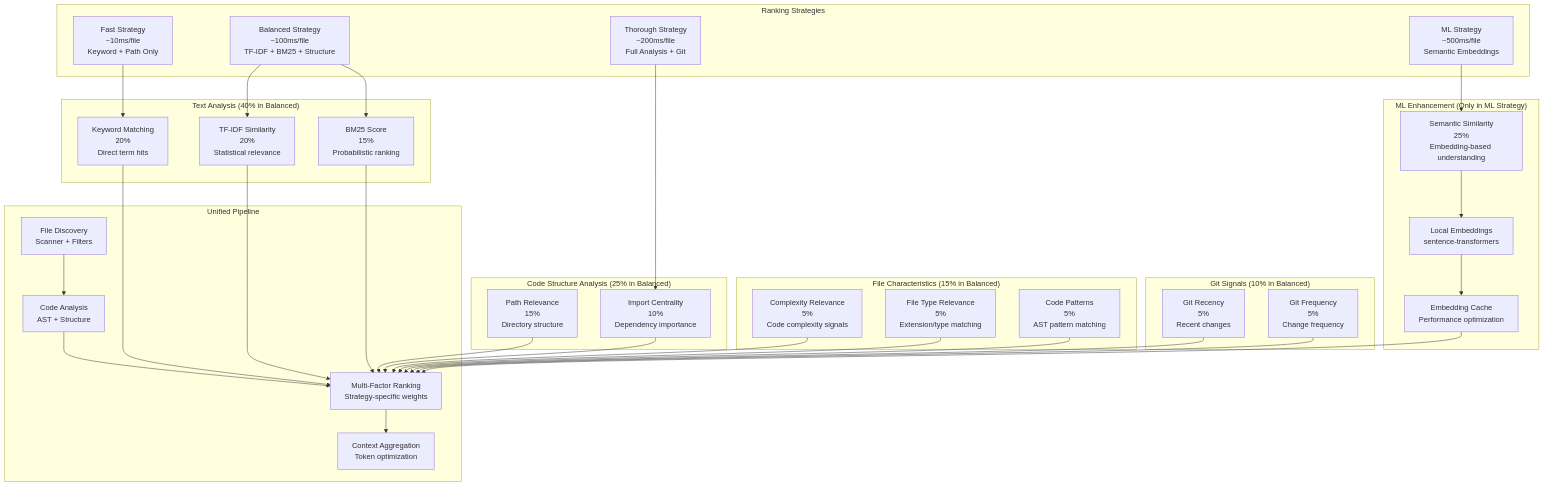
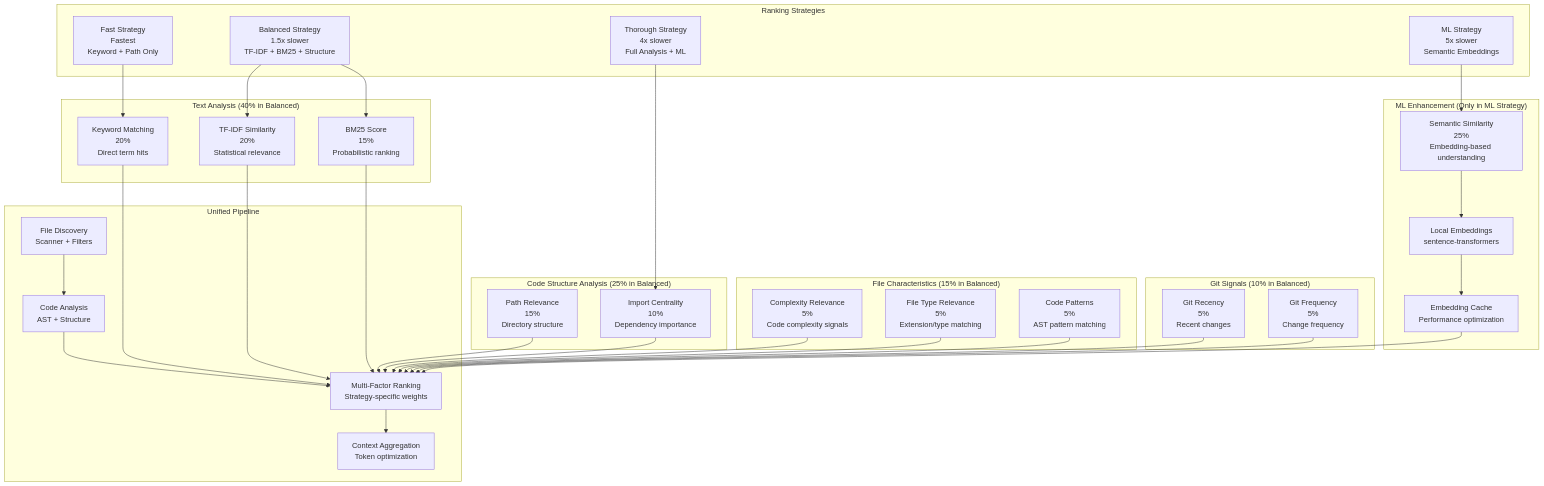
One commit to jddunn/tenets changed the tenth of 33 diagrams in docs/ARCHITECTURE.md. Above: the diagram before and after it, drawn with Mermaid. The commit also changed other lines of this file and 1 other file, not shown here.

````diff
--- a/docs/ARCHITECTURE.md
+++ b/docs/ARCHITECTURE.md
@@ -941,69 +941,69 @@
 ```mermaid
 graph TD
     subgraph "Ranking Strategies"
-        FAST[Fast Strategy<br/>~10ms/file<br/>Keyword + Path Only]
-        BALANCED[Balanced Strategy<br/>~100ms/file<br/>TF-IDF + BM25 + Structure]
-        THOROUGH[Thorough Strategy<br/>~200ms/file<br/>Full Analysis + Git]
-        ML_STRAT[ML Strategy<br/>~500ms/file<br/>Semantic Embeddings]
+        FAST[Fast Strategy<br/>Fastest<br/>Keyword + Path Only]
+        BALANCED[Balanced Strategy<br/>1.5x slower<br/>TF-IDF + BM25 + Structure]
+        THOROUGH[Thorough Strategy<br/>4x slower<br/>Full Analysis + ML]
+        ML_STRAT[ML Strategy<br/>5x slower<br/>Semantic Embeddings]
     end
 
     subgraph "Text Analysis (40% in Balanced)"
         KEY_MATCH[Keyword Matching<br/>20%<br/>Direct term hits]
         TFIDF_SIM[TF-IDF Similarity<br/>20%<br/>Statistical relevance]
         BM25_SCORE[BM25 Score<br/>15%<br/>Probabilistic ranking]
     end
 
     subgraph "Code Structure Analysis (25% in Balanced)"
         PATH_REL[Path Relevance<br/>15%<br/>Directory structure]
         IMP_CENT[Import Centrality<br/>10%<br/>Dependency importance]
     end
 
     subgraph "File Characteristics (15% in Balanced)"
         COMPLEXITY_REL[Complexity Relevance<br/>5%<br/>Code complexity signals]
         FILE_TYPE[File Type Relevance<br/>5%<br/>Extension/type matching]
         CODE_PAT[Code Patterns<br/>5%<br/>AST pattern matching]
     end
 
     subgraph "Git Signals (10% in Balanced)"
         GIT_REC[Git Recency<br/>5%<br/>Recent changes]
         GIT_FREQ[Git Frequency<br/>5%<br/>Change frequency]
     end
 
     subgraph "ML Enhancement (Only in ML Strategy)"
         SEM_SIM[Semantic Similarity<br/>25%<br/>Embedding-based understanding]
         LOCAL_EMB[Local Embeddings<br/>sentence-transformers]
         EMBED_CACHE[Embedding Cache<br/>Performance optimization]
     end
 
     subgraph "Unified Pipeline"
         FILE_DISCOVERY[File Discovery<br/>Scanner + Filters]
         ANALYSIS[Code Analysis<br/>AST + Structure]
         RANKING[Multi-Factor Ranking<br/>Strategy-specific weights]
         AGGREGATION[Context Aggregation<br/>Token optimization]
     end
 
     FAST --> KEY_MATCH
     BALANCED --> TFIDF_SIM
     BALANCED --> BM25_SCORE
     THOROUGH --> IMP_CENT
     ML_STRAT --> SEM_SIM
 
     FILE_DISCOVERY --> ANALYSIS
     ANALYSIS --> RANKING
     RANKING --> AGGREGATION
 
     KEY_MATCH --> RANKING
     TFIDF_SIM --> RANKING
     BM25_SCORE --> RANKING
     PATH_REL --> RANKING
     IMP_CENT --> RANKING
     COMPLEXITY_REL --> RANKING
     FILE_TYPE --> RANKING
     CODE_PAT --> RANKING
     GIT_REC --> RANKING
     GIT_FREQ --> RANKING
 
     SEM_SIM --> LOCAL_EMB
     LOCAL_EMB --> EMBED_CACHE
     EMBED_CACHE --> RANKING
 ```
````
